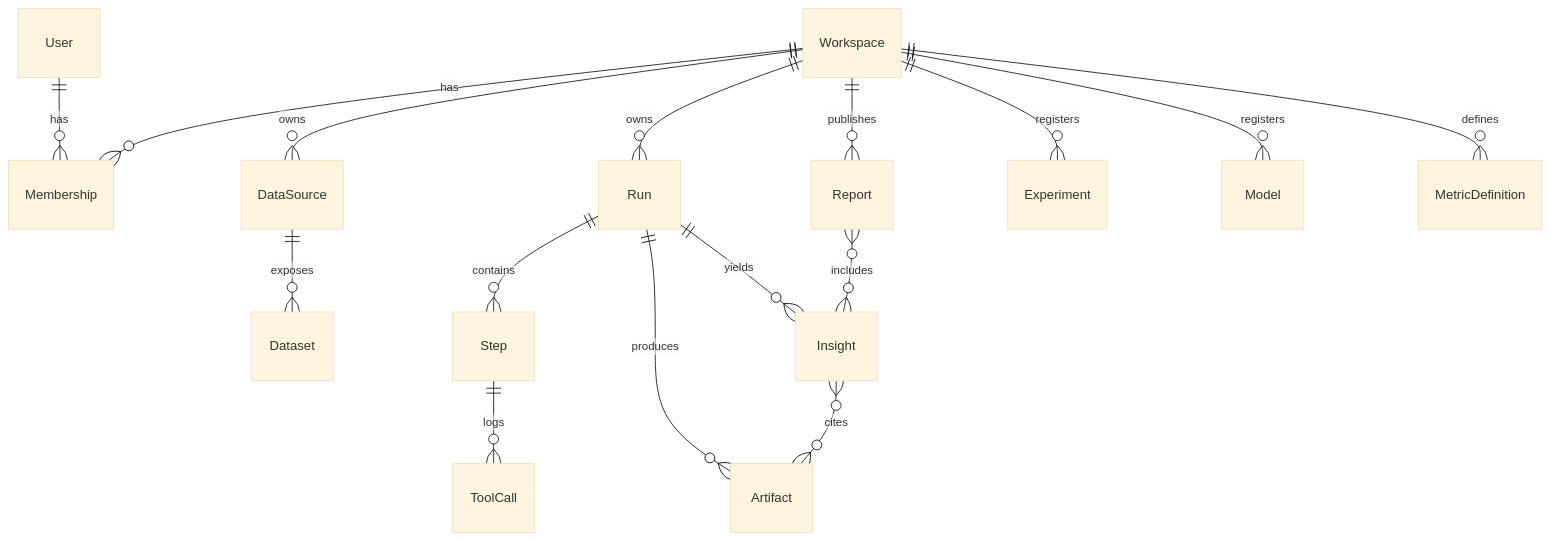
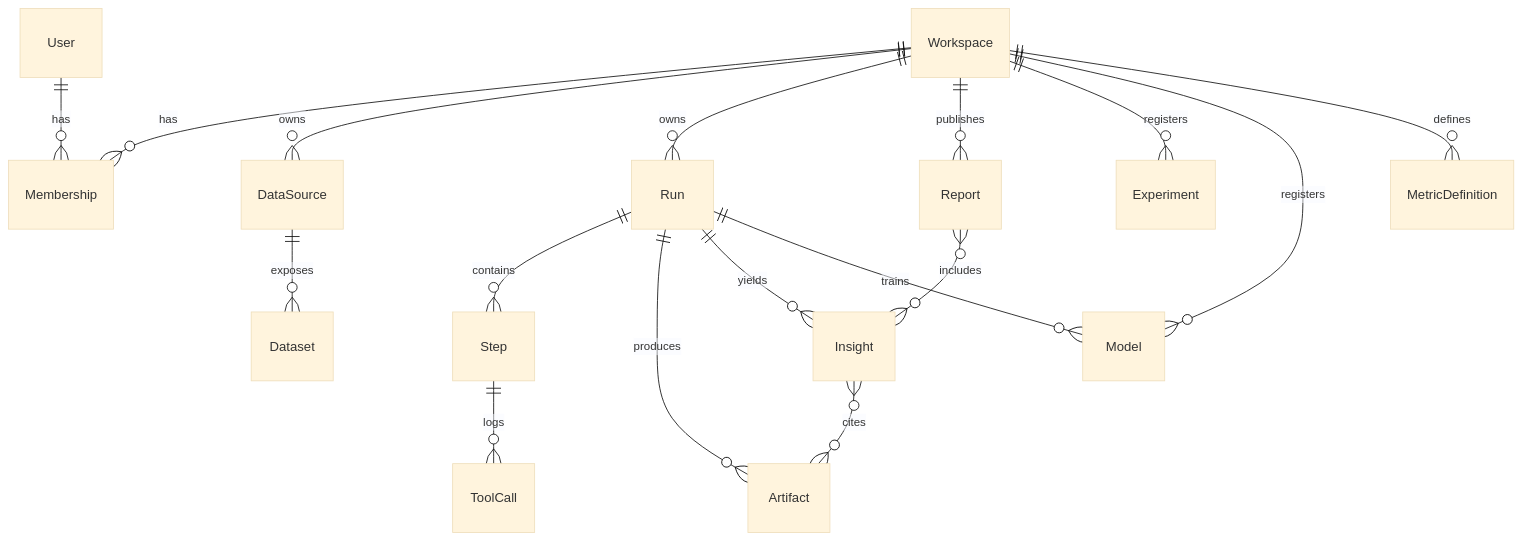
Before and after one commit to SweetVege/inferra: the third of 3 diagrams in docs/ARCHITECTURE.md, drawn with Mermaid (base theme). The commit also changed other lines of this file and 39 other files, not shown here.

````diff
--- a/docs/ARCHITECTURE.md
+++ b/docs/ARCHITECTURE.md
@@ -202,18 +204,19 @@
 ```mermaid
 erDiagram
   Workspace ||--o{ Membership : has
   User ||--o{ Membership : has
   Workspace ||--o{ DataSource : owns
   DataSource ||--o{ Dataset : exposes
   Workspace ||--o{ Run : owns
   Run ||--o{ Step : contains
   Step ||--o{ ToolCall : logs
   Run ||--o{ Artifact : produces
   Run ||--o{ Insight : yields
   Insight }o--o{ Artifact : cites
   Workspace ||--o{ Report : publishes
   Report }o--o{ Insight : includes
   Workspace ||--o{ Experiment : registers
   Workspace ||--o{ Model : registers
+  Run ||--o{ Model : trains
   Workspace ||--o{ MetricDefinition : defines
 ```
````
